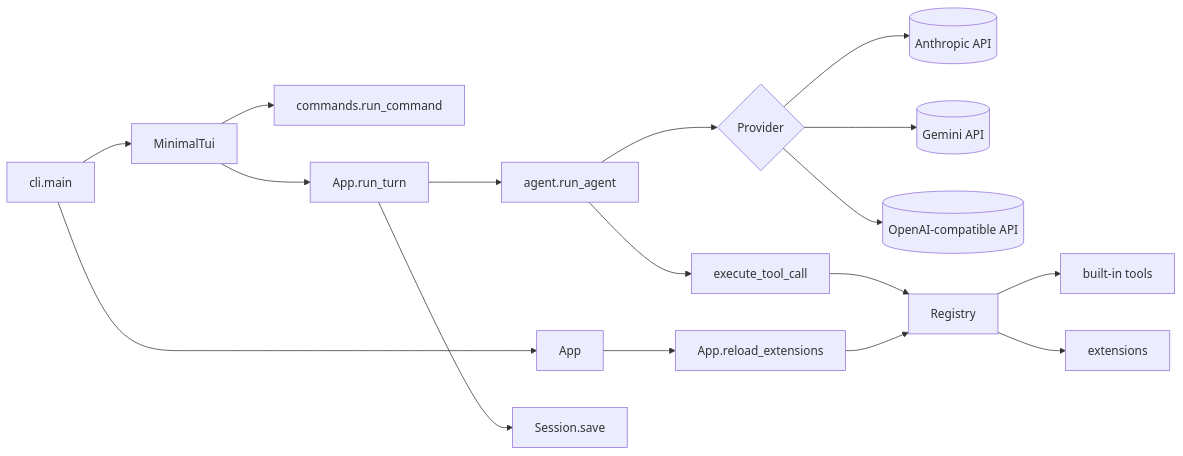
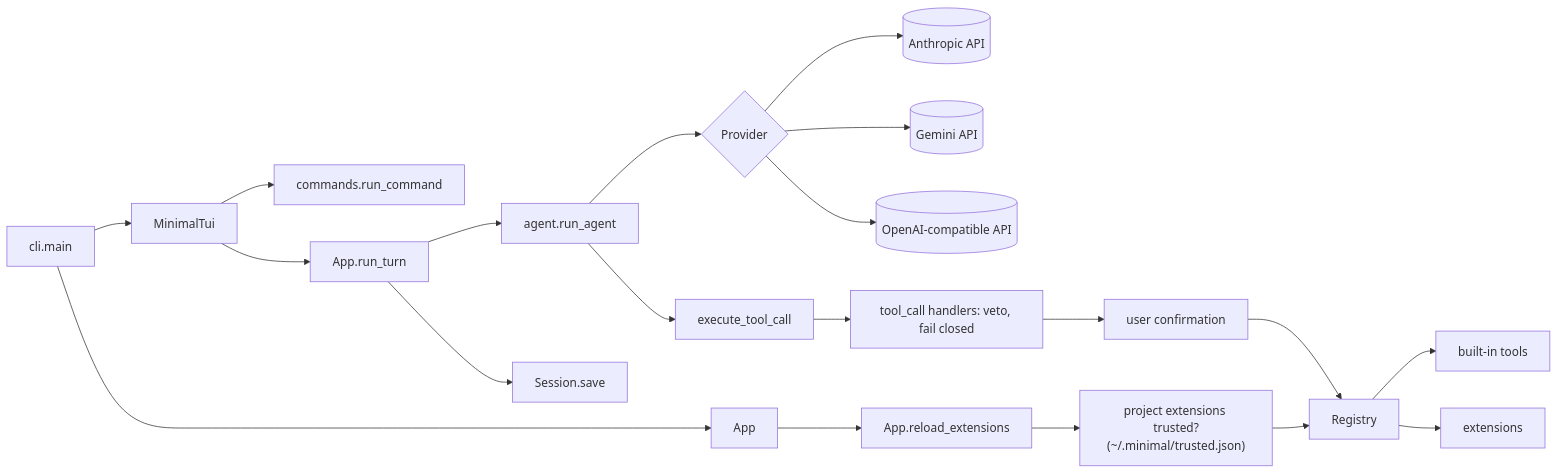
The diagram in README.md (RafaSG13/Minimal), drawn with Mermaid before and after one commit. The commit also changed other lines of this file and 18 other files, not shown here.

Commit message:
implement security features, trusted projects for running extensions, removed print mode

````diff
--- a/README.md
+++ b/README.md
@@ -206,16 +210,16 @@
 ```mermaid
 flowchart LR
   cli[cli.main] --> app[App]
   cli --> tui[MinimalTui] --> commands[commands.run_command]
   tui --> turn[App.run_turn]
   turn --> agent[agent.run_agent]
   agent --> provider{Provider}
   provider --> anthropic[(Anthropic API)]
   provider --> gemini[(Gemini API)]
   provider --> openai[(OpenAI-compatible API)]
-  agent --> exec[execute_tool_call] --> registry[Registry]
+  agent --> exec[execute_tool_call] --> guard["tool_call handlers: veto, fail closed"] --> confirm[user confirmation] --> registry[Registry]
   registry --> tools[built-in tools]
   registry --> ext[extensions]
-  app --> reload[App.reload_extensions] --> registry
+  app --> reload[App.reload_extensions] --> trust["project extensions trusted?<br/>(~/.minimal/trusted.json)"] --> registry
   turn --> session[Session.save]
 ```
````
